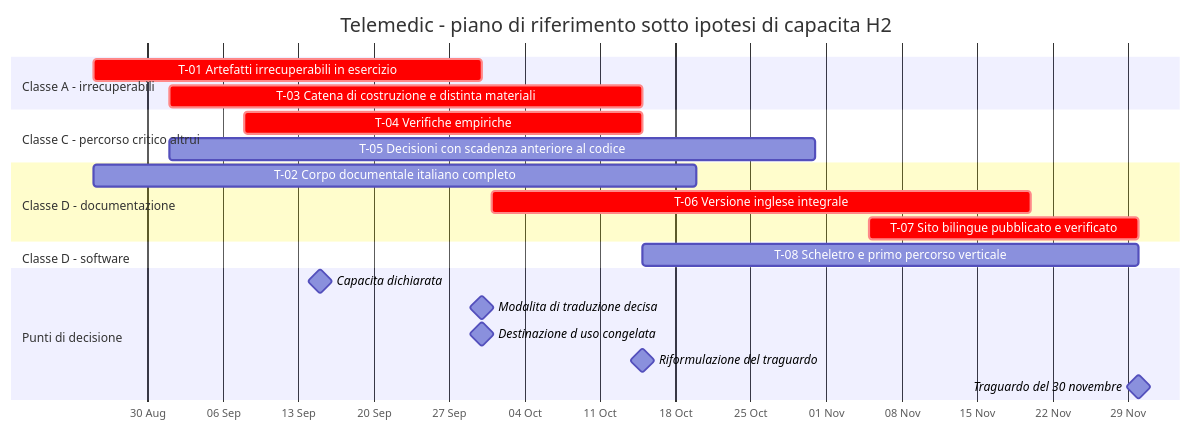
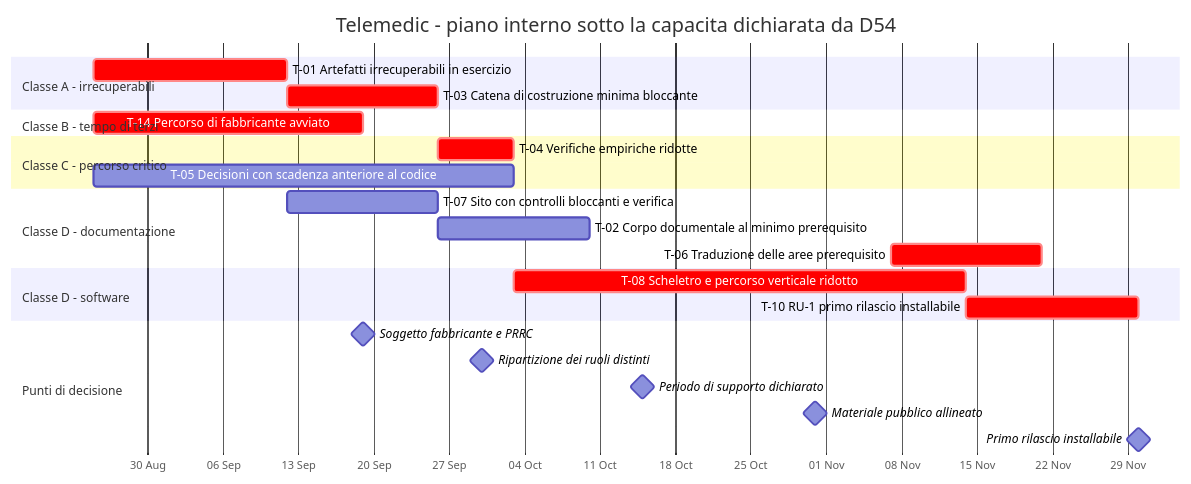
Before and after one commit to fedcal/Telemedic: the diagram in docs/09_roadmap/02-traguardi.md, drawn with Mermaid. The commit also changed other lines of this file and 58 other files, not shown here.

First line of the commit message:
docs: glossario, roadmap sotto D53, conformità allineata, inglese su due aree

````diff
--- a/docs/09_roadmap/02-traguardi.md
+++ b/docs/09_roadmap/02-traguardi.md
@@ -581,29 +778,33 @@
 ```mermaid
 gantt
-    title Telemedic - piano di riferimento sotto ipotesi di capacita H2
+    title Telemedic - piano interno sotto la capacita dichiarata da D54
     dateFormat YYYY-MM-DD
     axisFormat %d %b
 
     section Classe A - irrecuperabili
-    T-01 Artefatti irrecuperabili in esercizio      :crit, t01, 2026-08-25, 2026-09-30
-    T-03 Catena di costruzione e distinta materiali :crit, t03, 2026-09-01, 2026-10-15
+    T-01 Artefatti irrecuperabili in esercizio      :crit, t01, 2026-08-25, 2026-09-12
+    T-03 Catena di costruzione minima bloccante     :crit, t03, 2026-09-12, 2026-09-26
 
-    section Classe C - percorso critico altrui
-    T-04 Verifiche empiriche                        :crit, t04, 2026-09-08, 2026-10-15
-    T-05 Decisioni con scadenza anteriore al codice :t05, 2026-09-01, 2026-10-31
+    section Classe B - tempo di terzi
+    T-14 Percorso di fabbricante avviato            :crit, t14, 2026-08-25, 2026-09-19
+
+    section Classe C - percorso critico
+    T-04 Verifiche empiriche ridotte                :crit, t04, 2026-09-26, 2026-10-03
+    T-05 Decisioni con scadenza anteriore al codice :t05, 2026-08-25, 2026-10-03
 
     section Classe D - documentazione
-    T-02 Corpo documentale italiano completo        :t02, 2026-08-25, 2026-10-20
-    T-06 Versione inglese integrale                 :crit, t06, 2026-10-01, 2026-11-20
-    T-07 Sito bilingue pubblicato e verificato      :crit, t07, 2026-11-05, 2026-11-30
+    T-07 Sito con controlli bloccanti e verifica    :t07, 2026-09-12, 2026-09-26
+    T-02 Corpo documentale al minimo prerequisito   :t02, 2026-09-26, 2026-10-10
+    T-06 Traduzione delle aree prerequisito         :crit, t06, 2026-11-07, 2026-11-21
 
     section Classe D - software
-    T-08 Scheletro e primo percorso verticale       :t08, 2026-10-15, 2026-11-30
+    T-08 Scheletro e percorso verticale ridotto     :crit, t08, 2026-10-03, 2026-11-14
+    T-10 RU-1 primo rilascio installabile           :crit, t10, 2026-11-14, 2026-11-30
 
     section Punti di decisione
-    Capacita dichiarata                             :milestone, d1, 2026-09-15, 0d
-    Modalita di traduzione decisa                   :milestone, d2, 2026-09-30, 0d
-    Destinazione d uso congelata                    :milestone, d3, 2026-09-30, 0d
-    Riformulazione del traguardo                    :milestone, d4, 2026-10-15, 0d
-    Traguardo del 30 novembre                       :milestone, d5, 2026-11-30, 0d
+    Soggetto fabbricante e PRRC                     :milestone, d1, 2026-09-19, 0d
+    Ripartizione dei ruoli distinti                 :milestone, d2, 2026-09-30, 0d
+    Periodo di supporto dichiarato                  :milestone, d3, 2026-10-15, 0d
+    Materiale pubblico allineato                    :milestone, d4, 2026-10-31, 0d
+    Primo rilascio installabile                     :milestone, d5, 2026-11-30, 0d
 ```
````
